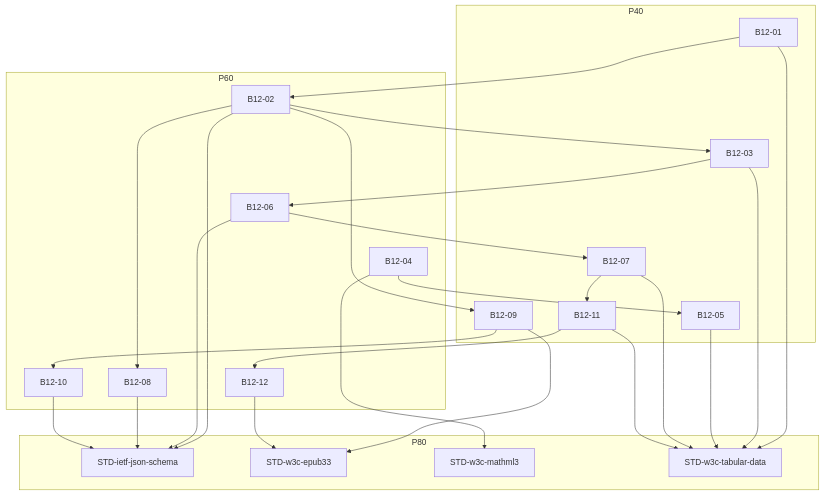
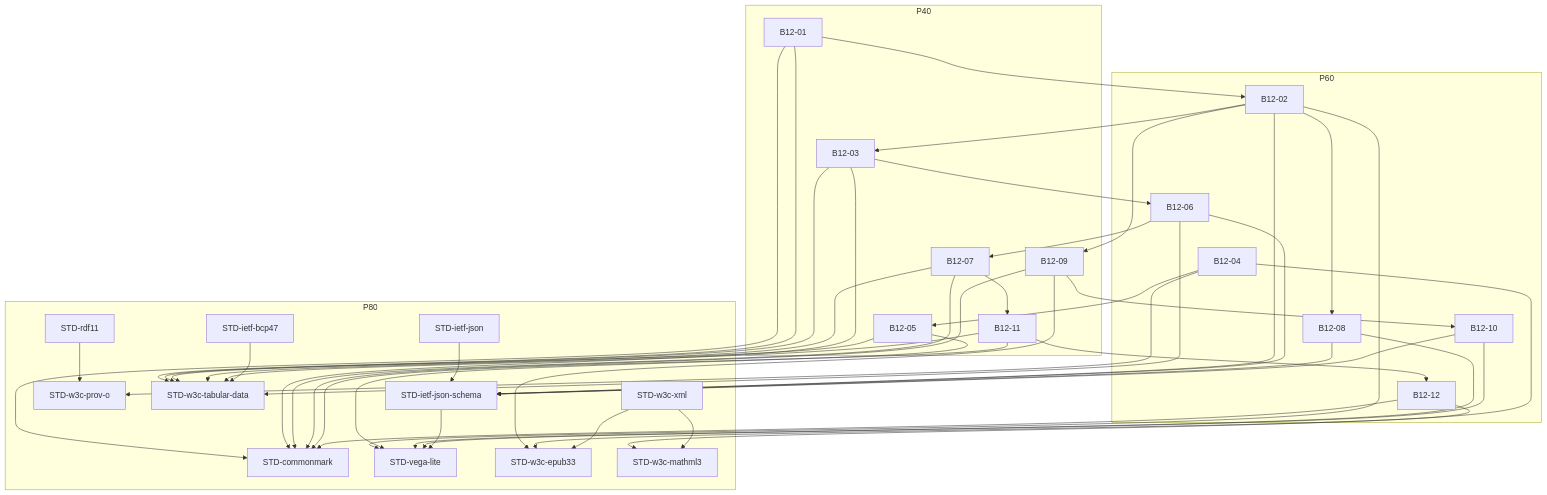
One commit to Monyeah777/NarrativeForge changed the diagram in community/文档解析与版面理解域包/outputs/charts/CONCEPT_DAG.mmd. Above: the diagram before and after it, drawn with Mermaid. The commit also changed 1006 other files, not shown here.

```diff
--- a/community/文档解析与版面理解域包/outputs/charts/CONCEPT_DAG.mmd
+++ b/community/文档解析与版面理解域包/outputs/charts/CONCEPT_DAG.mmd
@@ -1,46 +1,71 @@
 %% 概念前置图（由 community/文档解析与版面理解域包/assets/CONCEPT_GRAPH.md 确定性派生；唯一机读真相在资产 §4 围栏块）
 flowchart TD
   subgraph P40[P40]
     B12-01
     B12-03
     B12-05
     B12-07
     B12-09
     B12-11
   end
   subgraph P60[P60]
     B12-02
     B12-04
     B12-06
     B12-08
     B12-10
     B12-12
   end
   subgraph P80[P80]
+    STD-commonmark
+    STD-ietf-bcp47
+    STD-ietf-json
     STD-ietf-json-schema
+    STD-rdf11
+    STD-vega-lite
     STD-w3c-epub33
     STD-w3c-mathml3
+    STD-w3c-prov-o
     STD-w3c-tabular-data
+    STD-w3c-xml
   end
   B12-01 --> B12-02
   B12-02 --> B12-03
   B12-04 --> B12-05
   B12-03 --> B12-06
   B12-06 --> B12-07
   B12-02 --> B12-08
   B12-02 --> B12-09
   B12-09 --> B12-10
   B12-07 --> B12-11
   B12-11 --> B12-12
+  B12-01 --> STD-commonmark
+  B12-03 --> STD-commonmark
+  B12-07 --> STD-commonmark
+  B12-09 --> STD-commonmark
+  B12-11 --> STD-commonmark
+  B12-12 --> STD-commonmark
   B12-02 --> STD-ietf-json-schema
   B12-06 --> STD-ietf-json-schema
   B12-08 --> STD-ietf-json-schema
   B12-10 --> STD-ietf-json-schema
+  STD-ietf-json --> STD-ietf-json-schema
+  B12-02 --> STD-vega-lite
+  B12-05 --> STD-vega-lite
+  B12-08 --> STD-vega-lite
+  B12-10 --> STD-vega-lite
+  STD-ietf-json-schema --> STD-vega-lite
   B12-09 --> STD-w3c-epub33
   B12-12 --> STD-w3c-epub33
+  STD-w3c-xml --> STD-w3c-epub33
   B12-04 --> STD-w3c-mathml3
+  STD-w3c-xml --> STD-w3c-mathml3
+  B12-04 --> STD-w3c-prov-o
+  STD-rdf11 --> STD-w3c-prov-o
   B12-01 --> STD-w3c-tabular-data
   B12-03 --> STD-w3c-tabular-data
   B12-05 --> STD-w3c-tabular-data
   B12-07 --> STD-w3c-tabular-data
   B12-11 --> STD-w3c-tabular-data
+  B12-06 --> STD-w3c-tabular-data
+  STD-ietf-bcp47 --> STD-w3c-tabular-data
```
